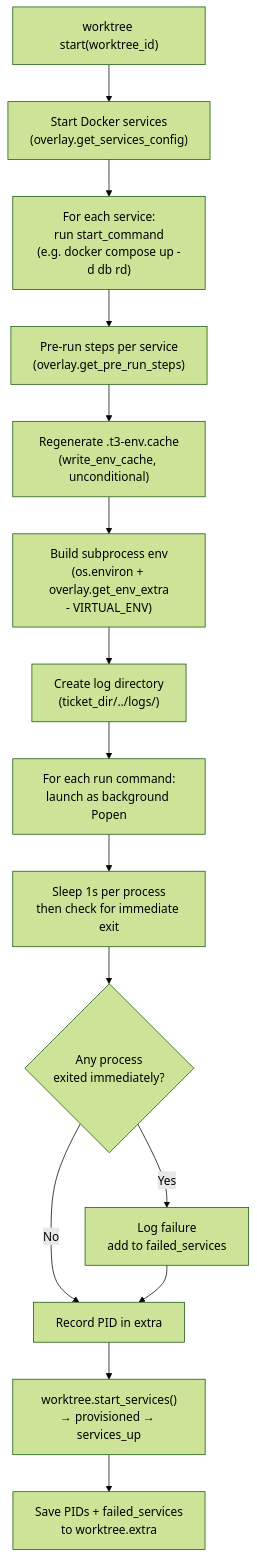
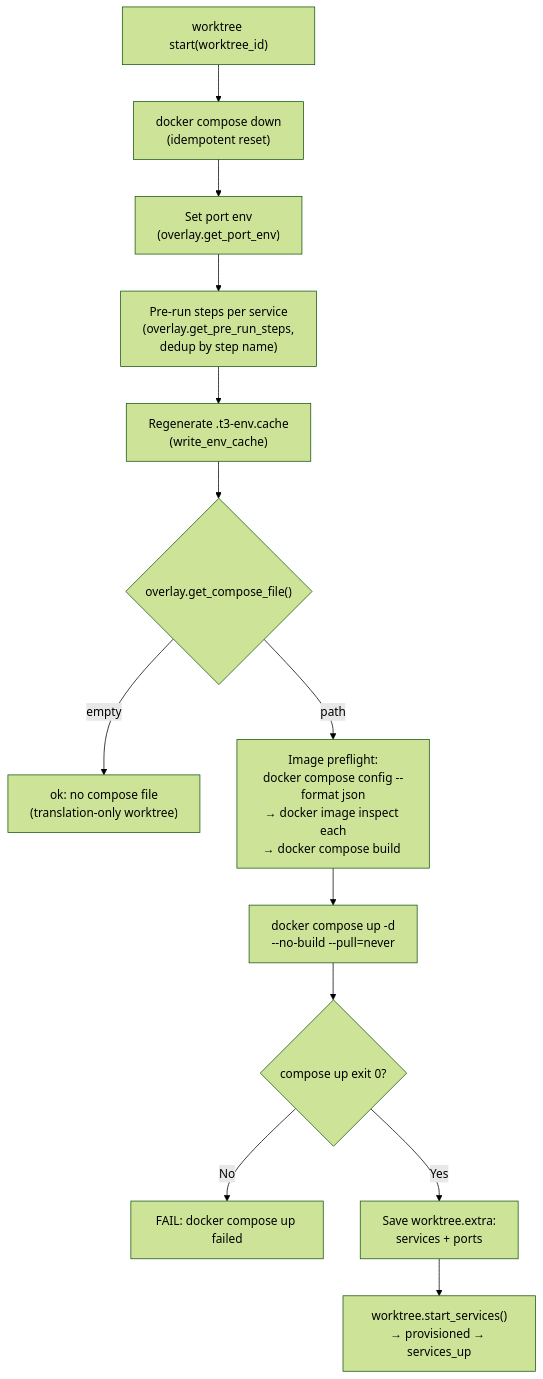
The fourth of 6 diagrams in BLUEPRINT.md (souliane/teatree), drawn with Mermaid (forest theme) before and after one commit. The commit also changed other lines of this file and 13 other files, not shown here.

````diff
--- a/BLUEPRINT.md
+++ b/BLUEPRINT.md
@@ -1560,17 +1560,15 @@
 ```mermaid
 flowchart TD
-    A["worktree start(worktree_id)"] --> B["Start Docker services\n(overlay.get_services_config)"]
-    B --> C["For each service:\nrun start_command\n(e.g. docker compose up -d db rd)"]
-    C --> D["Pre-run steps per service\n(overlay.get_pre_run_steps)"]
-    D --> E["Regenerate .t3-env.cache\n(write_env_cache, unconditional)"]
-    E --> F["Build subprocess env\n(os.environ + overlay.get_env_extra\n- VIRTUAL_ENV)"]
-    F --> G["Create log directory\n(ticket_dir/../logs/)"]
-    G --> H["For each run command:\nlaunch as background Popen"]
-    H --> I["Sleep 1s per process\nthen check for immediate exit"]
-    I --> J{"Any process\nexited immediately?"}
-    J -- Yes --> K["Log failure\nadd to failed_services"]
-    J -- No --> L["Record PID in extra"]
-    K --> L
-    L --> M["worktree.start_services()\n→ provisioned → services_up"]
-    M --> N["Save PIDs + failed_services\nto worktree.extra"]
+    A["worktree start(worktree_id)"] --> B["docker compose down\n(idempotent reset)"]
+    B --> C["Set port env\n(overlay.get_port_env)"]
+    C --> D["Pre-run steps per service\n(overlay.get_pre_run_steps,\ndedup by step name)"]
+    D --> E["Regenerate .t3-env.cache\n(write_env_cache)"]
+    E --> F{"overlay.get_compose_file()"}
+    F -- empty --> X["ok: no compose file\n(translation-only worktree)"]
+    F -- path --> G["Image preflight:\ndocker compose config --format json\n→ docker image inspect each\n→ docker compose build <missing>"]
+    G --> H["docker compose up -d\n--no-build --pull=never"]
+    H --> I{"compose up exit 0?"}
+    I -- No --> Y["FAIL: docker compose up failed"]
+    I -- Yes --> J["Save worktree.extra:\nservices + ports"]
+    J --> K["worktree.start_services()\n→ provisioned → services_up"]
 ```
````
